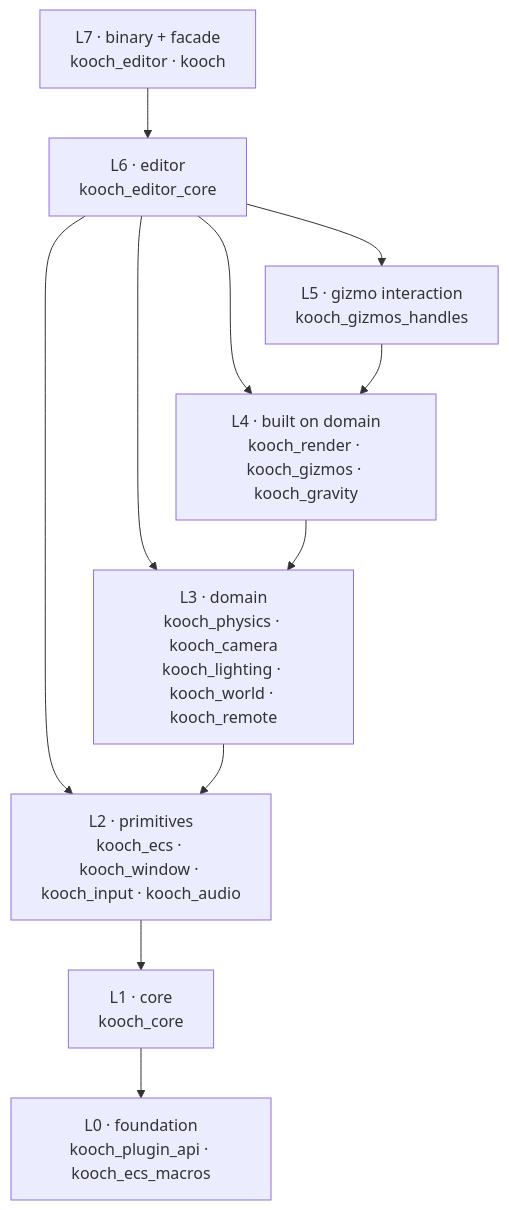
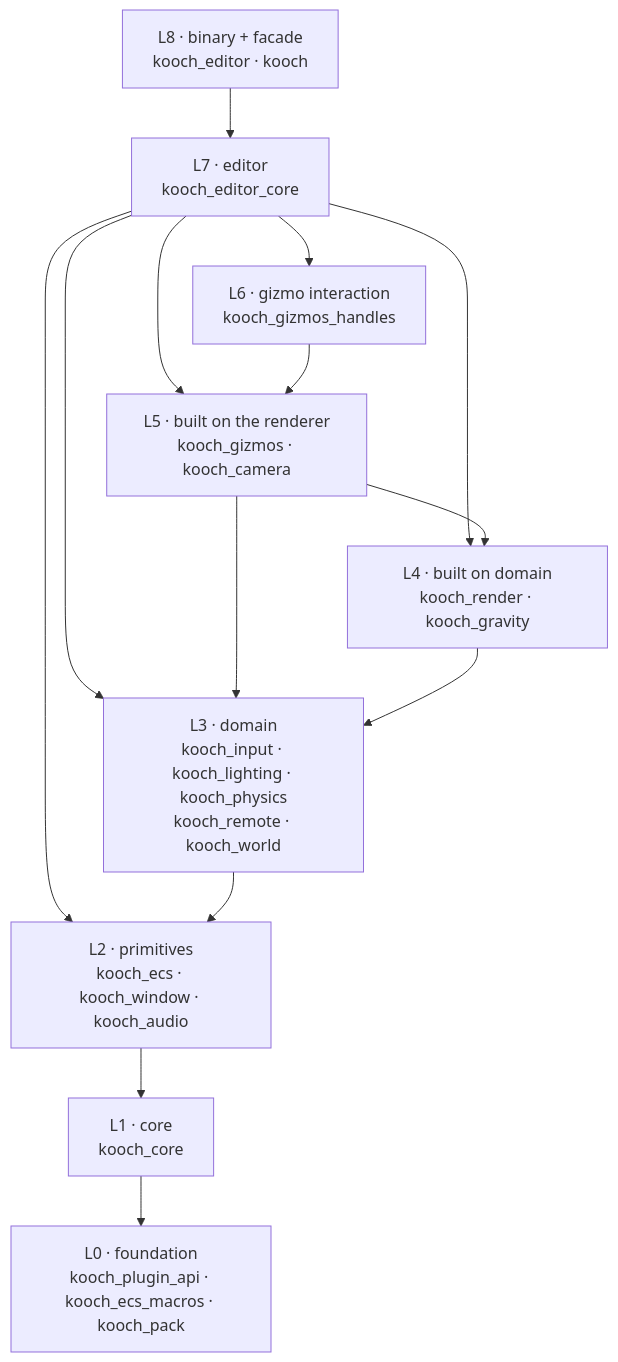
One commit to lobinuxsoft/kooch changed the diagram in docs/book/src/architecture/crate-graph.md. Above: the diagram before and after it, drawn with Mermaid. The commit also changed other lines of this file and 1 other file, not shown here.

First line of the commit message:
docs(book): the crate graph is derived instead of remembered

````diff
--- a/docs/book/src/architecture/crate-graph.md
+++ b/docs/book/src/architecture/crate-graph.md
@@ -35,22 +57,26 @@
 ```mermaid
 flowchart TD
-    L7["L7 · binary + facade<br/>kooch_editor · kooch"]
-    L6["L6 · editor<br/>kooch_editor_core"]
-    L5["L5 · gizmo interaction<br/>kooch_gizmos_handles"]
-    L4["L4 · built on domain<br/>kooch_render · kooch_gizmos · kooch_gravity"]
-    L3["L3 · domain<br/>kooch_physics · kooch_camera<br/>kooch_lighting · kooch_world · kooch_remote"]
-    L2["L2 · primitives<br/>kooch_ecs · kooch_window · kooch_input · kooch_audio"]
+    L8["L8 · binary + facade<br/>kooch_editor · kooch"]
+    L7["L7 · editor<br/>kooch_editor_core"]
+    L6["L6 · gizmo interaction<br/>kooch_gizmos_handles"]
+    L5["L5 · built on the renderer<br/>kooch_gizmos · kooch_camera"]
+    L4["L4 · built on domain<br/>kooch_render · kooch_gravity"]
+    L3["L3 · domain<br/>kooch_input · kooch_lighting · kooch_physics<br/>kooch_remote · kooch_world"]
+    L2["L2 · primitives<br/>kooch_ecs · kooch_window · kooch_audio"]
     L1["L1 · core<br/>kooch_core"]
-    L0["L0 · foundation<br/>kooch_plugin_api · kooch_ecs_macros"]
+    L0["L0 · foundation<br/>kooch_plugin_api · kooch_ecs_macros · kooch_pack"]
 
+    L8 --> L7
     L7 --> L6
+    L7 --> L5
+    L7 --> L4
+    L7 --> L3
+    L7 --> L2
     L6 --> L5
-    L6 --> L4
-    L6 --> L3
-    L6 --> L2
     L5 --> L4
+    L5 --> L3
     L4 --> L3
     L3 --> L2
     L2 --> L1
     L1 --> L0
 ```
````
